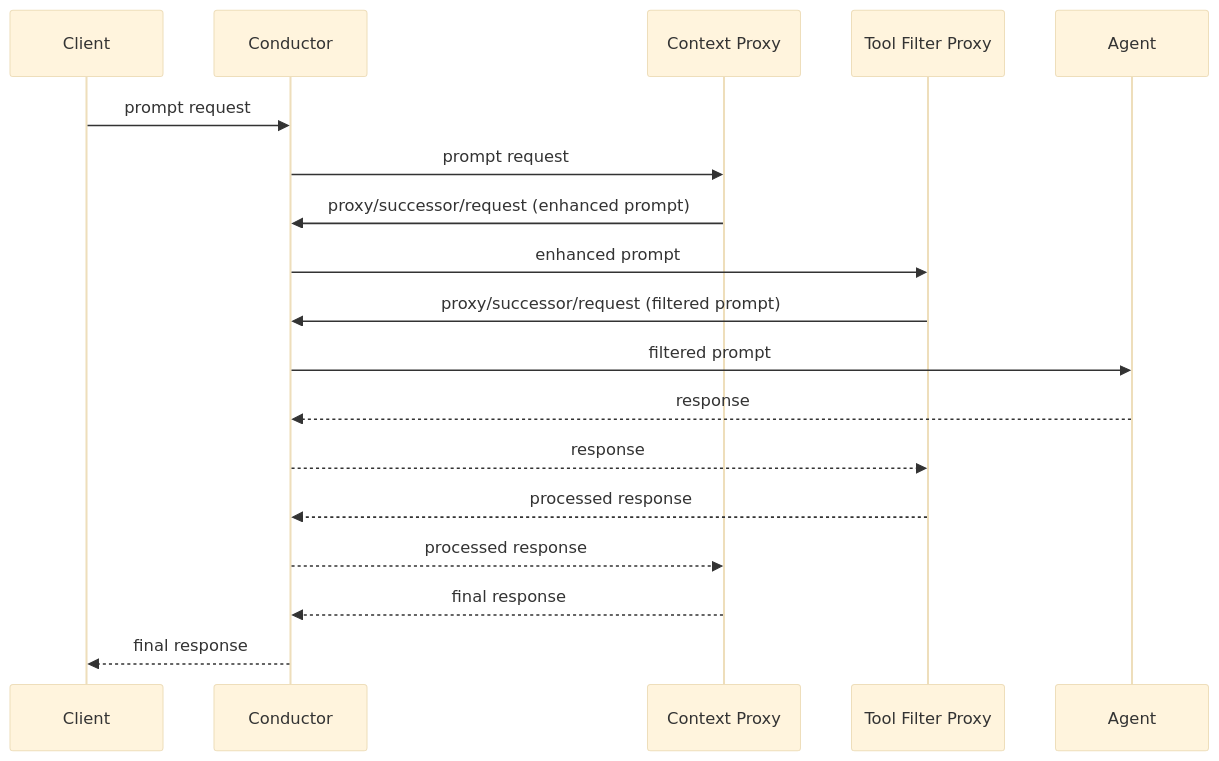
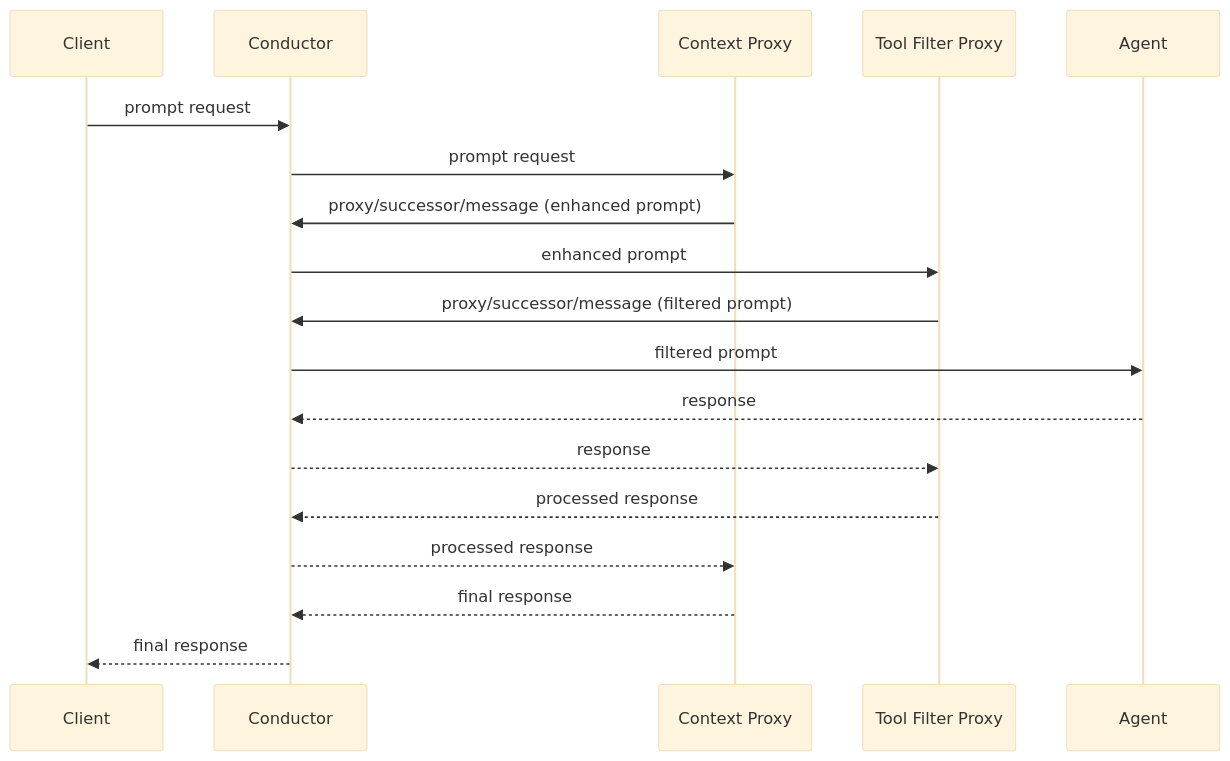
The fourth of 9 diagrams in docs/rfds/proxy-chains.mdx (agentclientprotocol/agent-client-protocol), drawn with Mermaid (base theme) before and after one commit. The commit also changed other lines of this file, not shown here.

First line of the commit message:
Consolidate proxy/successor methods to message and receive

````diff
--- a/docs/rfds/proxy-chains.mdx
+++ b/docs/rfds/proxy-chains.mdx
@@ -127,21 +127,21 @@
 ```mermaid
 sequenceDiagram
     participant Client
     participant Conductor
     participant P1 as Context Proxy
     participant P2 as Tool Filter Proxy
     participant Agent
 
     Client->>Conductor: prompt request
     Conductor->>P1: prompt request
-    P1->>Conductor: proxy/successor/request (enhanced prompt)
+    P1->>Conductor: proxy/successor/message (enhanced prompt)
     Conductor->>P2: enhanced prompt
-    P2->>Conductor: proxy/successor/request (filtered prompt)
+    P2->>Conductor: proxy/successor/message (filtered prompt)
     Conductor->>Agent: filtered prompt
     Agent-->>Conductor: response
     Conductor-->>P2: response
     P2-->>Conductor: processed response
     Conductor-->>P1: processed response
     P1-->>Conductor: final response
     Conductor-->>Client: final response
 ```
````
